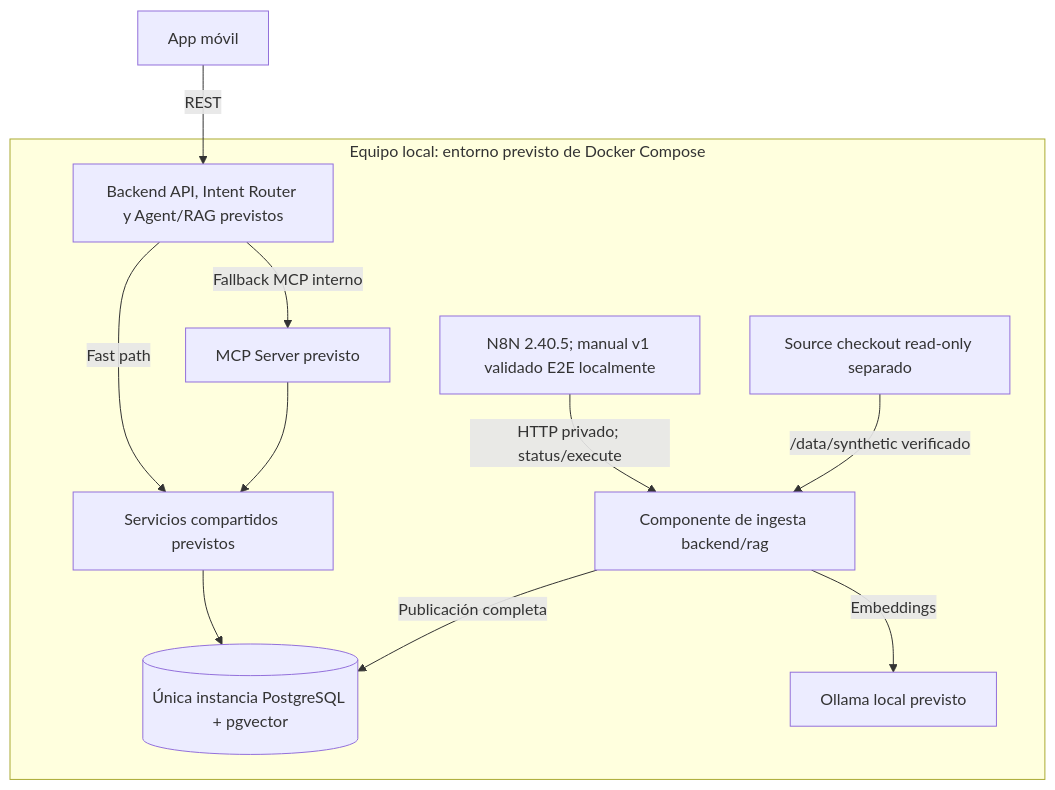
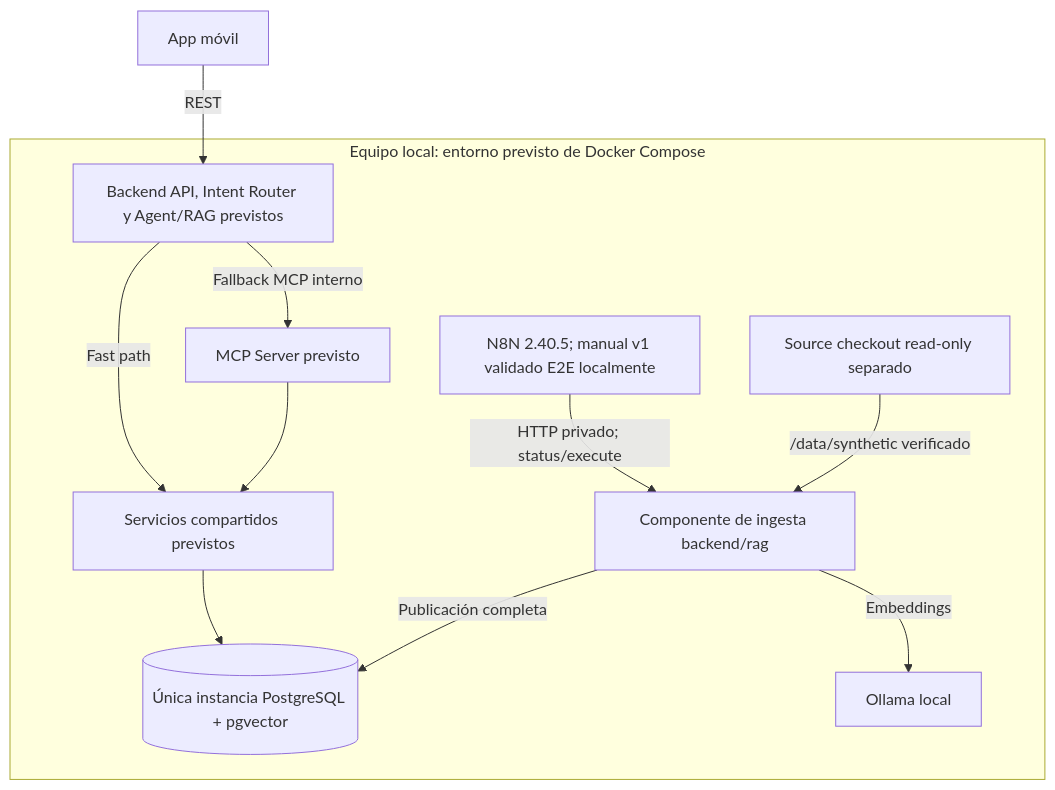
The fourth of 4 diagrams in docs/arquitectura.md (XeyKG/BanuChat_), drawn with Mermaid before and after one commit. The commit also changed 1 other file, not shown here.

Commit message:
Clarify ingestion docs and credential handling
Update the architecture doc to reflect the local Ollama dependency and clarify the manual ingestion runbook for non-portable N8N HTTP credential references. The runbook now explains the placeholder credential ID, the required relink step after import, and explicitly warns against storing auth details in workflow files, parameters, or logs.

````diff
--- a/docs/arquitectura.md
+++ b/docs/arquitectura.md
@@ -157,14 +157,14 @@
 ```mermaid
 flowchart TB
     M["App móvil"] -->|"REST"| B["Backend API, Intent Router y Agent/RAG previstos"]
     subgraph LOCAL["Equipo local: entorno previsto de Docker Compose"]
         B -->|"Fallback MCP interno"| C["MCP Server previsto"]
         B -->|"Fast path"| S["Servicios compartidos previstos"]
         C --> S
         S --> P[("Única instancia PostgreSQL + pgvector")]
         N["N8N 2.40.5; manual v1 validado E2E localmente"] -->|"HTTP privado; status/execute"| I["Componente de ingesta backend/rag"]
         I -->|"Publicación completa"| P
-        I -->|"Embeddings"| O["Ollama local previsto"]
+        I -->|"Embeddings"| O["Ollama local"]
         D["Source checkout read-only separado"] -->|"/data/synthetic verificado"| I
     end
 ```
````
